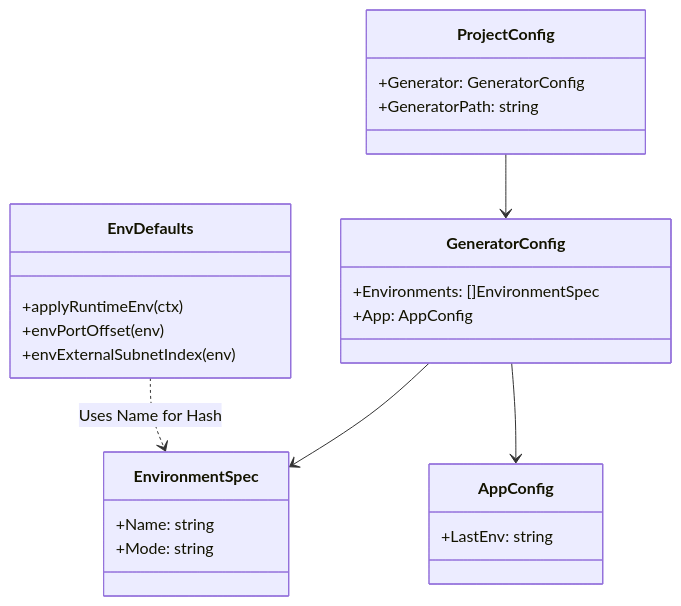
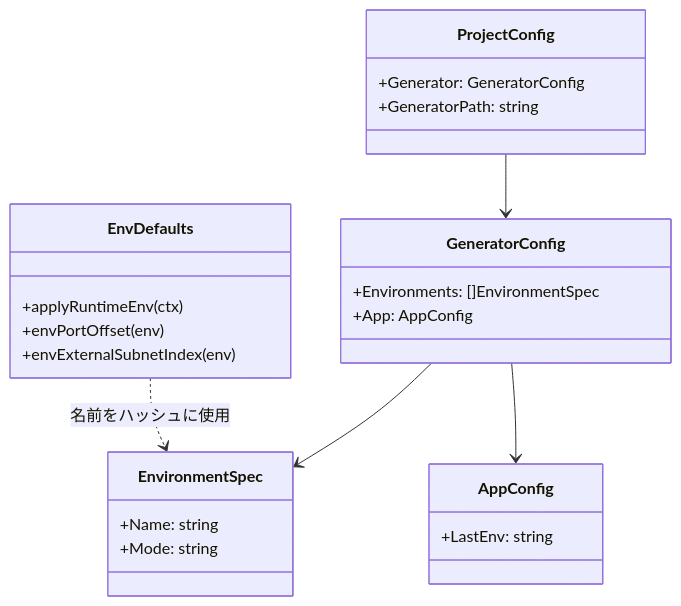
One commit to poruru-code/esb-cli changed the first of 2 diagrams in docs/env.md. Above: the diagram before and after it, drawn with Mermaid. The commit also changed other lines of this file and 12 other files, not shown here.

First line of the commit message:
Translate CLI documentation to Japanese and fix Mermaid syntax

````diff
--- a/docs/env.md
+++ b/docs/env.md
@@ -49,32 +49,32 @@
 ```mermaid
 classDiagram
     class ProjectConfig {
         +Generator: GeneratorConfig
         +GeneratorPath: string
     }
 
     class GeneratorConfig {
         +Environments: []EnvironmentSpec
         +App: AppConfig
     }
 
     class EnvironmentSpec {
         +Name: string
         +Mode: string
     }
 
     class AppConfig {
         +LastEnv: string
     }
 
     class EnvDefaults {
         +applyRuntimeEnv(ctx)
         +envPortOffset(env)
         +envExternalSubnetIndex(env)
     }
 
     ProjectConfig --> GeneratorConfig
     GeneratorConfig --> EnvironmentSpec
     GeneratorConfig --> AppConfig
-    EnvDefaults ..> EnvironmentSpec : Uses Name for Hash
+    EnvDefaults ..> EnvironmentSpec : 名前をハッシュに使用
 ```
````
